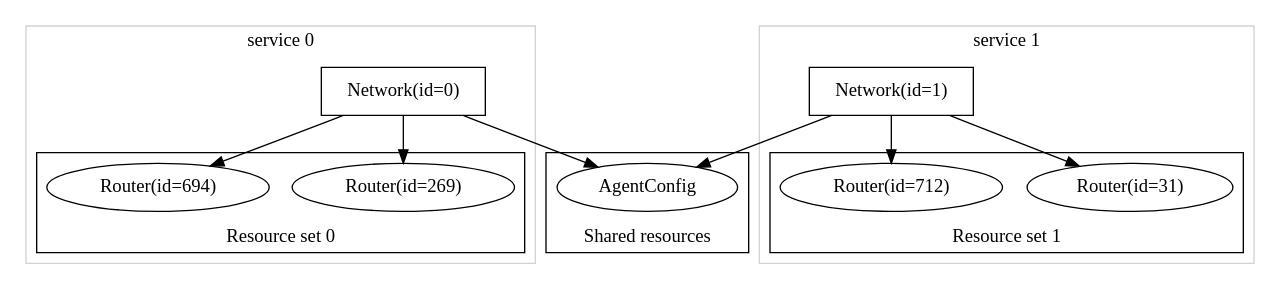
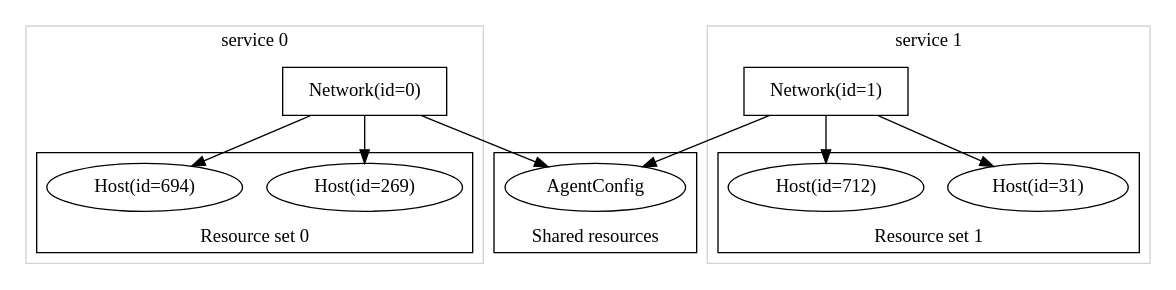
The third of 3 diagrams in docs/resource_sets.rst (inmanta/inmanta-core), drawn with Graphviz before and after one commit. The commit also changed other lines of this file and 4 other files, not shown here.

Commit message:
renamed Router -> Host in running example

```diff
--- a/docs/resource_sets.rst
+++ b/docs/resource_sets.rst
@@ -214,35 +214,35 @@
 .. digraph::  resource_sets
     :caption: Two valid services with their resource sets, using allocation
 
     subgraph cluster_shared {
         AgentConfig;
         label = "Shared resources";
         labelloc = "bottom";
     }
 
     subgraph cluster_service0 {
         "Network(id=0)" [shape=rectangle];
         "Network(id=0)" -> subgraph cluster_resources0 {
-            "Router(id=269)";
-            "Router(id=694)";
+            "Host(id=269)";
+            "Host(id=694)";
             label = "Resource set 0";
             labelloc = "bottom";
         }
         "Network(id=0)" -> AgentConfig;
         color = "lightgrey";
         label = "service 0";
         labelloc = "top";
     }
     subgraph cluster_service1 {
         "Network(id=1)" [shape=rectangle];
         "Network(id=1)" -> subgraph cluster_resources1 {
-            "Router(id=31)";
-            "Router(id=712)";
+            "Host(id=31)";
+            "Host(id=712)";
             label = "Resource set 1";
             labelloc = "bottom";
         }
         "Network(id=1)" -> AgentConfig;
         color = "lightgrey";
         label = "service 1";
         labelloc = "top";
     }
```
